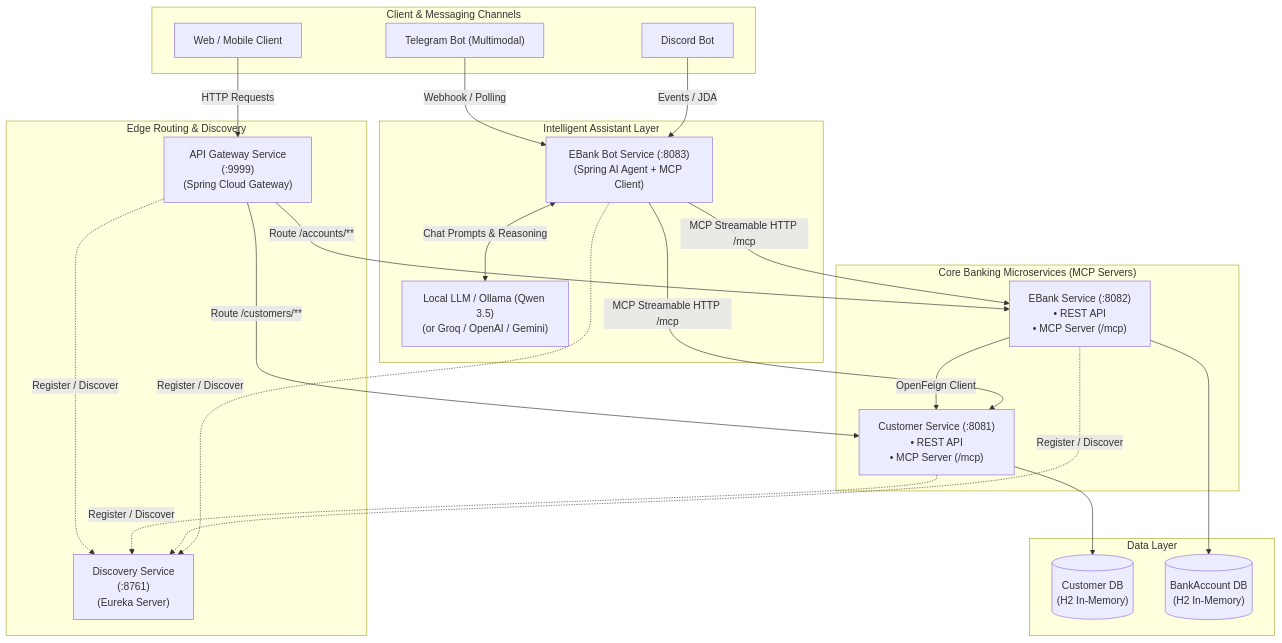
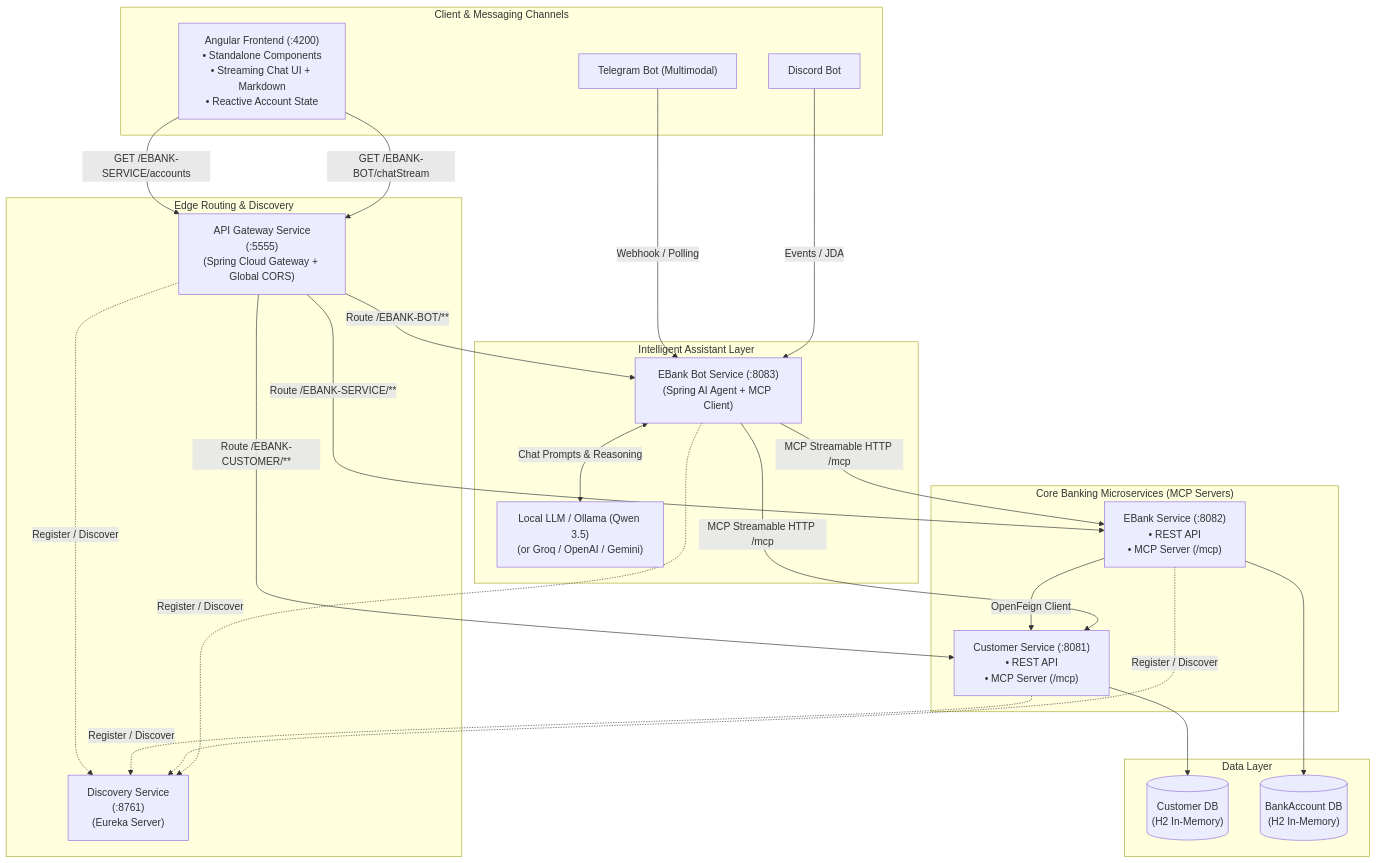
Before and after one commit to achraal/FlowBank-Nexus: the diagram in README.md, drawn with Mermaid. The commit also changed other lines of this file and 38 other files, not shown here.

First line of the commit message:
feat: integrate Angular frontend, reactive AI streaming, and gateway CORS

````diff
--- a/README.md
+++ b/README.md
@@ -45,51 +49,55 @@
 ```mermaid
 flowchart TB
     subgraph Users & Channels [" Client & Messaging Channels "]
-        U1[" Web / Mobile Client "]
+        U1[" Angular Frontend (:4200)\n• Standalone Components\n• Streaming Chat UI + Markdown\n• Reactive Account State "]
         TG[" Telegram Bot (Multimodal) "]
         DC[" Discord Bot "]
     end
 
     subgraph Edge [" Edge Routing & Discovery "]
-        GW[" API Gateway Service\n(:9999)\n(Spring Cloud Gateway) "]
+        GW[" API Gateway Service\n(:5555)\n(Spring Cloud Gateway + Global CORS) "]
         EUK[" Discovery Service\n(:8761)\n(Eureka Server) "]
     end
 
     subgraph AIAgentLayer [" Intelligent Assistant Layer "]
         BOT[" EBank Bot Service (:8083)\n(Spring AI Agent + MCP Client) "]
         LLM[" Local LLM / Ollama (Qwen 3.5)\n(or Groq / OpenAI / Gemini) "]
     end
 
     subgraph CoreServices [" Core Banking Microservices (MCP Servers) "]
         CS[" Customer Service (:8081)\n• REST API\n• MCP Server (/mcp) "]
         BS[" EBank Service (:8082)\n• REST API\n• MCP Server (/mcp) "]
     end
 
     subgraph Storage [" Data Layer "]
         DB1[(" Customer DB\n(H2 In-Memory) ")]
         DB2[(" BankAccount DB\n(H2 In-Memory) ")]
     end
 
     %% Registrations
     GW -.->|Register / Discover| EUK
     CS -.->|Register / Discover| EUK
     BS -.->|Register / Discover| EUK
     BOT -.->|Register / Discover| EUK
 
-    %% Edge Traffic
-    U1 -->|HTTP Requests| GW
-    GW -->|Route /customers/**| CS
-    GW -->|Route /accounts/**| BS
+    %% Edge Traffic from Angular Web App
+    U1 -->|GET /EBANK-SERVICE/accounts| GW
+    U1 -->|GET /EBANK-BOT/chatStream| GW
+
+    %% Gateway dynamic proxy routing
+    GW -->|Route /EBANK-CUSTOMER/**| CS
+    GW -->|Route /EBANK-SERVICE/**| BS
+    GW -->|Route /EBANK-BOT/**| BOT
 
     %% Inter-service communications
     BS -->|OpenFeign Client| CS
     CS --> DB1
     BS --> DB2
 
     %% AI Agent Integrations
     TG -->|Webhook / Polling| BOT
     DC -->|Events / JDA| BOT
     BOT <-->|Chat Prompts & Reasoning| LLM
     BOT -->|MCP Streamable HTTP /mcp| CS
     BOT -->|MCP Streamable HTTP /mcp| BS
 ```
````
